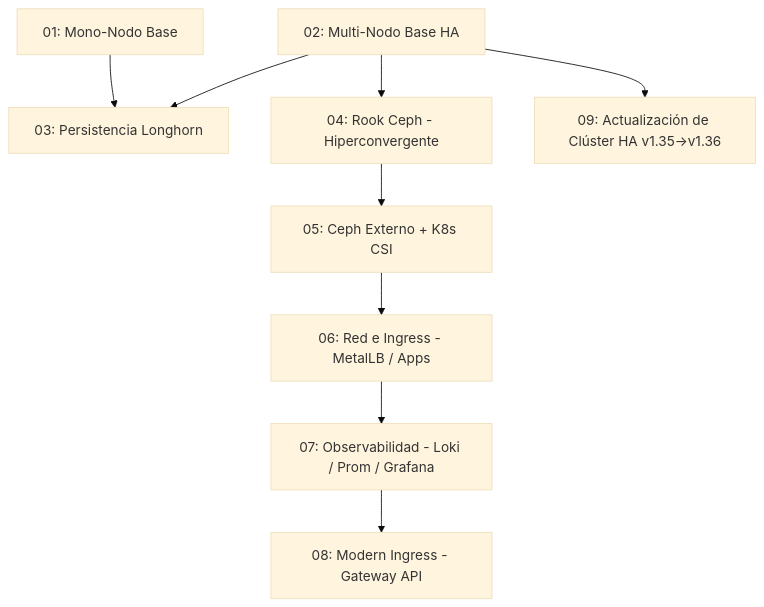
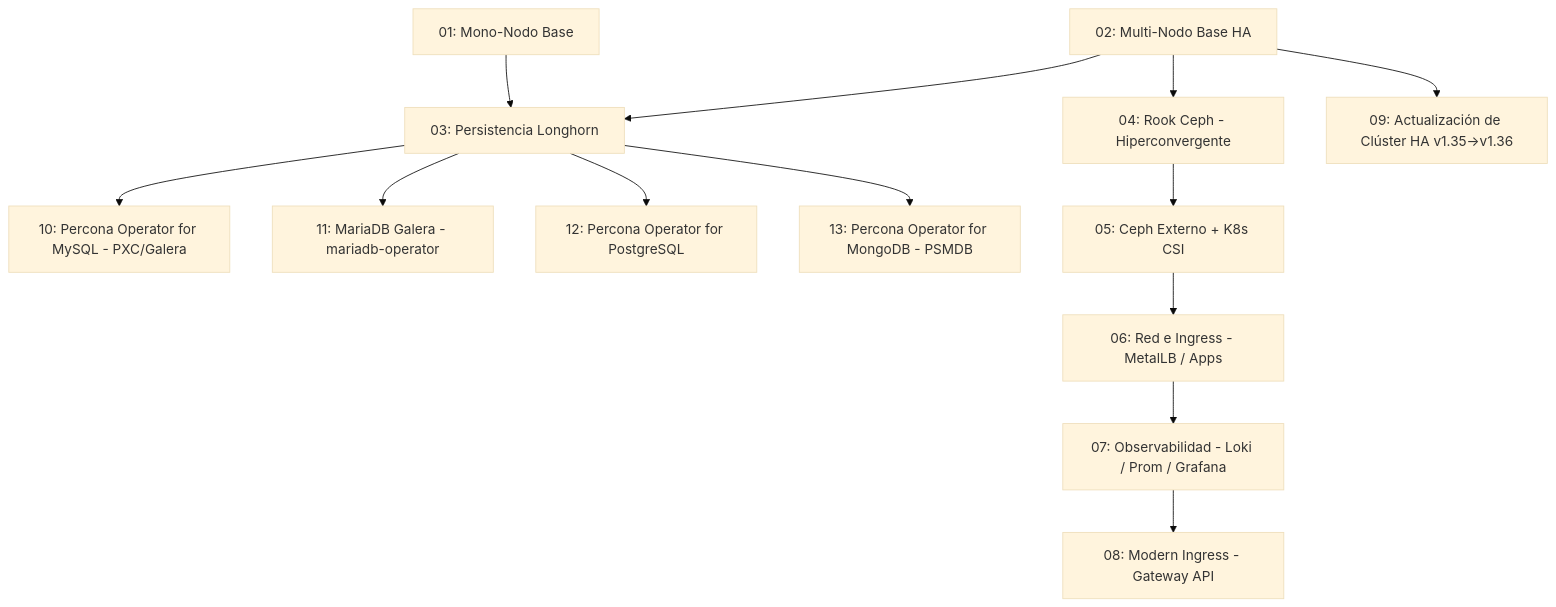
One commit to pepesan/ejemplos-kubernetes changed the diagram in ansible/PLAN.md. Above: the diagram before and after it, drawn with Mermaid (base theme). The commit also changed other lines of this file and 28 other files, not shown here.

First line of the commit message:
feat(ansible): add lab 08 (Gateway API con Cilium) y actualizar roadmap

````diff
--- a/ansible/PLAN.md
+++ b/ansible/PLAN.md
@@ -31,11 +37,15 @@
 ```mermaid
 graph TD
     01[01: Mono-Nodo Base] --> 03[03: Persistencia Longhorn]
     02[02: Multi-Nodo Base HA] --> 03
     02 --> 04[04: Rook Ceph - Hiperconvergente]
     04 --> 05[05: Ceph Externo + K8s CSI]
     05 --> 06[06: Red e Ingress - MetalLB / Apps]
     06 --> 07[07: Observabilidad - Loki / Prom / Grafana]
     07 --> 08[08: Modern Ingress - Gateway API]
     02 --> 09[09: Actualización de Clúster HA v1.35→v1.36]
+    03 --> 10[10: Percona Operator for MySQL - PXC/Galera]
+    03 --> 11[11: MariaDB Galera - mariadb-operator]
+    03 --> 12[12: Percona Operator for PostgreSQL]
+    03 --> 13[13: Percona Operator for MongoDB - PSMDB]
 ```
````
